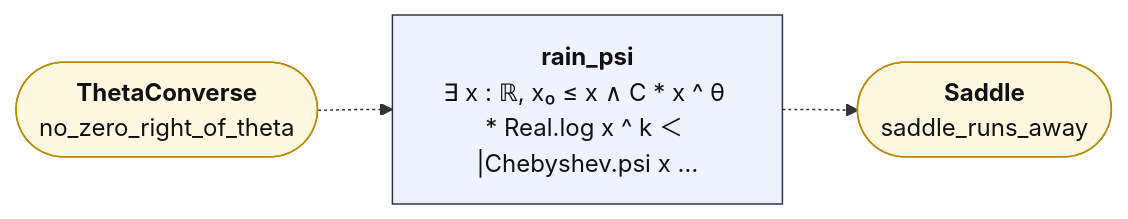
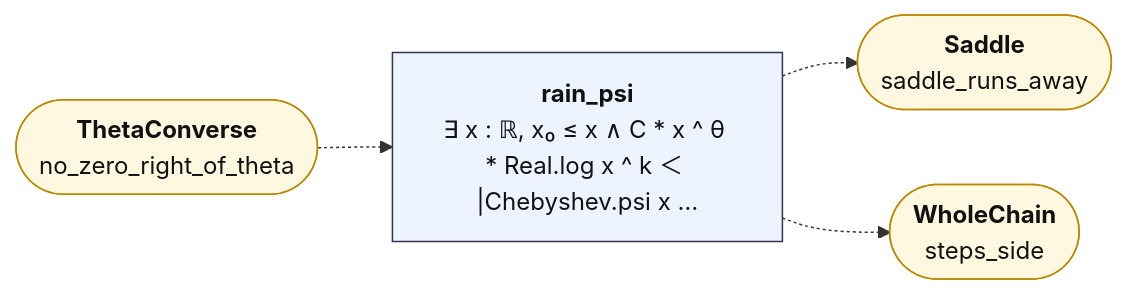
One commit to juliansambranojr/Primebeat_081426 changed the diagram in map/lean_stage3/RateBelow.md. Above: the diagram before and after it, drawn with Mermaid. The commit also changed other lines of this file and 57 other files, not shown here.

````diff
--- a/map/lean_stage3/RateBelow.md
+++ b/map/lean_stage3/RateBelow.md
@@ -14,16 +14,18 @@
 ```mermaid
 flowchart LR
   n0["<b>rain_psi</b><br/>∃ x : ℝ, x₀ ≤ x ∧ C * x ^ θ * Real.log x ^ k ＜ |Chebyshev.psi x …"]:::thm
   x0(["<b>ThetaConverse</b><br/>no_zero_right_of_theta"]):::ext
   x1(["<b>Saddle</b><br/>saddle_runs_away"]):::ext
+  x2(["<b>WholeChain</b><br/>steps_side"]):::ext
   n0 -.-> x1
+  n0 -.-> x2
   x0 -.-> n0
   classDef cnt fill:#dff5ec,stroke:#17694a,color:#111
   classDef shp fill:#f1ecfb,stroke:#5b3fa0,color:#111
   classDef rh fill:#ffe5e5,stroke:#c22,color:#111,stroke-width:2px
   classDef thm fill:#eef4ff,stroke:#335,color:#111
   classDef end_ fill:#e7f7e7,stroke:#2a7,color:#111,stroke-width:2px
   classDef lone fill:#fff,stroke:#999,color:#111,stroke-dasharray:4 3
   classDef bad fill:#ffe5e5,stroke:#c22,color:#111,stroke-width:2px
   classDef ext fill:#fff8e1,stroke:#b80,color:#111
 ```
````
